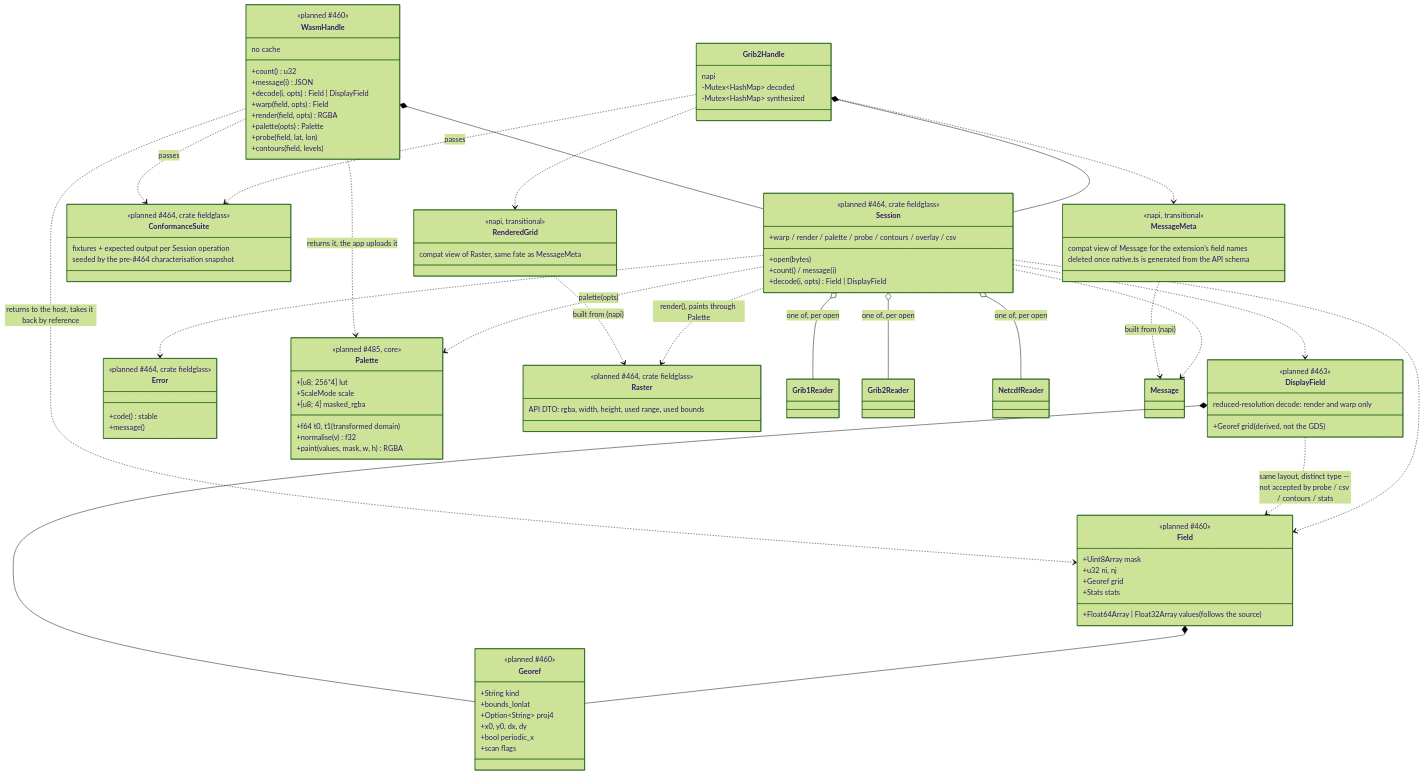
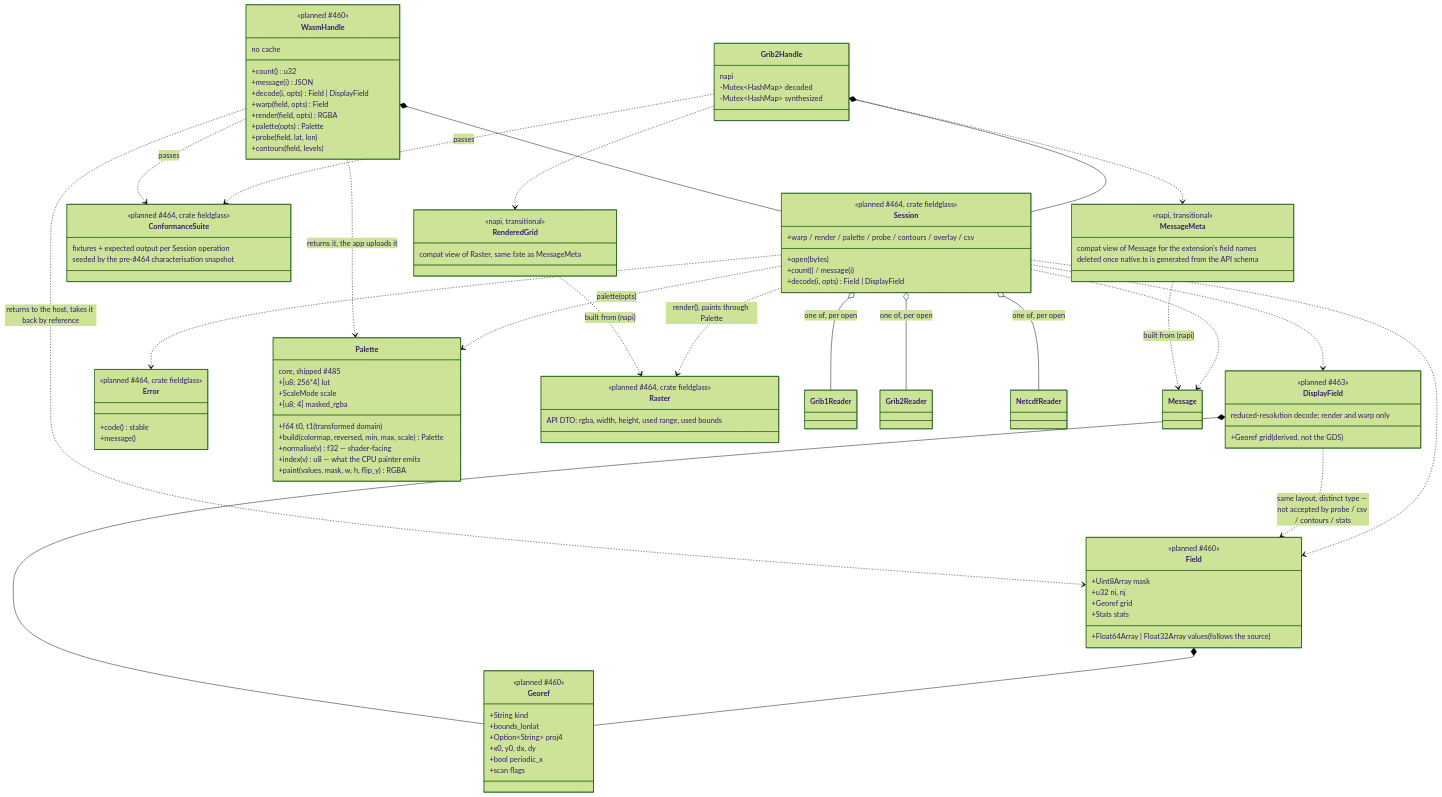
Before and after one commit to D0ubleD0uble/fieldglass: the fourth of 4 diagrams in docs/architecture/planned/03-composition.md, drawn with Mermaid (forest theme). The commit also changed 2 other files, not shown here.

Commit message:
docs: record Palette in the changelog and the planned diagrams
The planned composition diagram tagged `Palette` `<<planned #485>>`; it
exists now, so the node carries what shipped instead — including `index`,
which the diagram had no reason to predict but a GPU host needs.

The hosts diagram claimed the app's `readPixels` is tested against
`render()` without saying to what tolerance. It is one LUT entry, because a
shader normalises in f32; that is now written down next to the claim rather
than left for the first person to write the shader to rediscover.

```diff
--- a/docs/architecture/planned/03-composition.md
+++ b/docs/architecture/planned/03-composition.md
@@ -158,13 +158,15 @@
         seeded by the pre-#464 characterisation snapshot
     }
     class Palette {
-        <<planned #485, core>>
+        core, shipped #485
         +[u8; 256*4] lut
         +f64 t0, t1 (transformed domain)
         +ScaleMode scale
         +[u8; 4] masked_rgba
-        +normalise(v) f32
-        +paint(values, mask, w, h) RGBA
+        +build(colormap, reversed, min, max, scale) Palette
+        +normalise(v) f32 — shader-facing
+        +index(v) u8 — what the CPU painter emits
+        +paint(values, mask, w, h, flip_y) RGBA
     }
     class MessageMeta {
         <<napi, transitional>>
```
